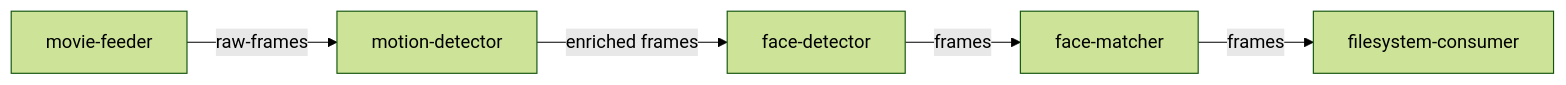
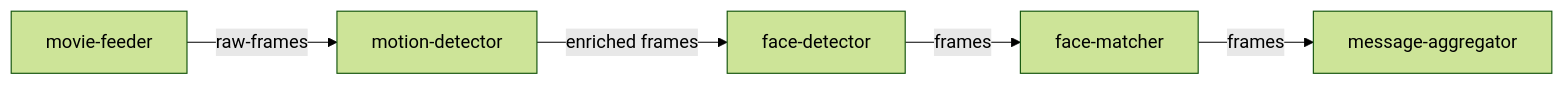
One commit to manojphatak/Video-Analytics changed the diagram in README.md. Above: the diagram before and after it, drawn with Mermaid (forest theme). The commit also changed 5 other files, not shown here.

````diff
--- a/README.md
+++ b/README.md
@@ -152,13 +152,13 @@
 ```mermaid
 
 graph LR
 
 A[movie-feeder] -- raw-frames --> B[motion-detector]
 
 B[motion-detector] -- enriched frames --> C[face-detector]
 
 C[face-detector] -- frames --> D[face-matcher]
 
-D[face-matcher] -- frames --> E[filesystem-consumer]
+D[face-matcher] -- frames --> E[message-aggregator]
 
 ```
````
